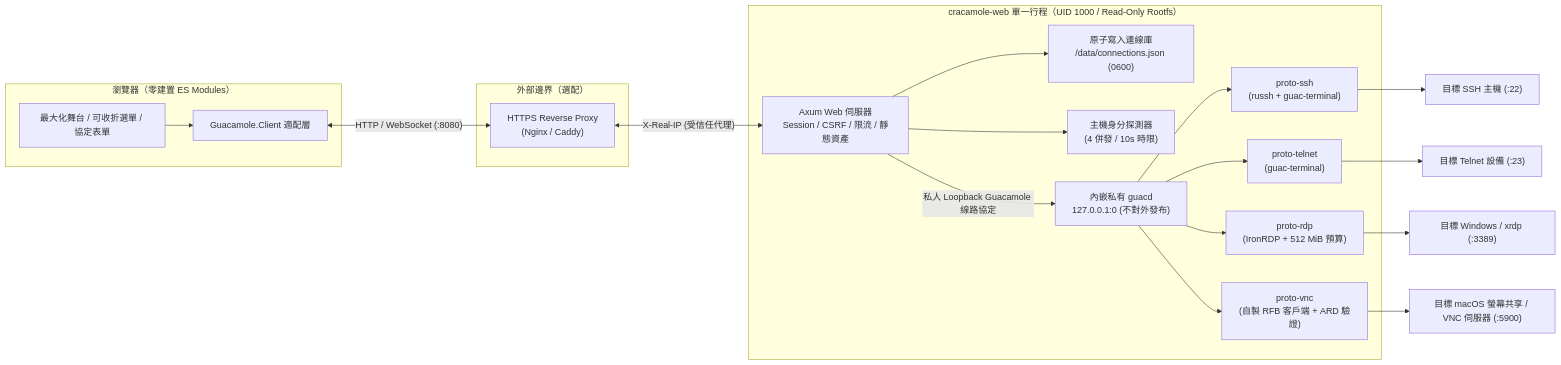
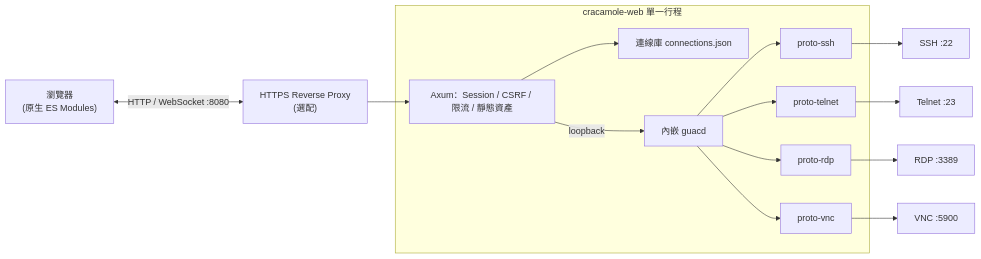
Before and after one commit to meteorssky/cracamole: the diagram in README.md, drawn with Mermaid. The commit also changed other lines of this file, not shown here.

````diff
--- a/README.md
+++ b/README.md
@@ -15,38 +11,17 @@
 ```mermaid
 flowchart LR
-  subgraph Browser["瀏覽器（零建置 ES Modules）"]
-    UI["最大化舞台 / 可收折選單 / 協定表單"]
-    GuacJS["Guacamole.Client 適配層"]
-    UI --> GuacJS
+  Browser["瀏覽器<br>(原生 ES Modules)"] <-- "HTTP / WebSocket :8080" --> RP["HTTPS Reverse Proxy<br>(選配)"]
+  RP --> Axum
+  subgraph Process["cracamole-web 單一行程"]
+    Axum["Axum：Session / CSRF / 限流 / 靜態資產"] --> Store["連線庫 connections.json"]
+    Axum -- "loopback" --> Daemon["內嵌 guacd"]
+    Daemon --> SSH["proto-ssh"]
+    Daemon --> Telnet["proto-telnet"]
+    Daemon --> RDP["proto-rdp"]
+    Daemon --> VNC["proto-vnc"]
   end
-
-  subgraph Proxy["外部邊界（選配）"]
-    RP["HTTPS Reverse Proxy\n(Nginx / Caddy)"]
-  end
-
-  subgraph Process["cracamole-web 單一行程（UID 1000 / Read-Only Rootfs）"]
-    Axum["Axum Web 伺服器\nSession / CSRF / 限流 / 靜態資產"]
-    Store["原子寫入連線庫\n/data/connections.json (0600)"]
-    Probe["主機身分探測器\n(4 併發 / 10s 時限)"]
-    Daemon["內嵌私有 guacd\n127.0.0.1:0 (不對外發布)"]
-    SSH["proto-ssh\n(russh + guac-terminal)"]
-    Telnet["proto-telnet\n(guac-terminal)"]
-    RDP["proto-rdp\n(IronRDP + 512 MiB 預算)"]
-    VNC["proto-vnc\n(自製 RFB 客戶端 + ARD 驗證)"]
-
-    Axum --> Store
-    Axum --> Probe
-    Axum -- "私人 Loopback Guacamole 線路協定" --> Daemon
-    Daemon --> SSH
-    Daemon --> Telnet
-    Daemon --> RDP
-    Daemon --> VNC
-  end
-
-  GuacJS <-- "HTTP / WebSocket (:8080)" --> RP
-  RP <-- "X-Real-IP (受信任代理)" --> Axum
-  SSH --> TargetSSH["目標 SSH 主機 (:22)"]
-  Telnet --> TargetTelnet["目標 Telnet 設備 (:23)"]
-  RDP --> TargetRDP["目標 Windows / xrdp (:3389)"]
-  VNC --> TargetVNC["目標 macOS 螢幕共享 / VNC 伺服器 (:5900)"]
+  SSH --> T1["SSH :22"]
+  Telnet --> T2["Telnet :23"]
+  RDP --> T3["RDP :3389"]
+  VNC --> T4["VNC :5900"]
 ```
````
